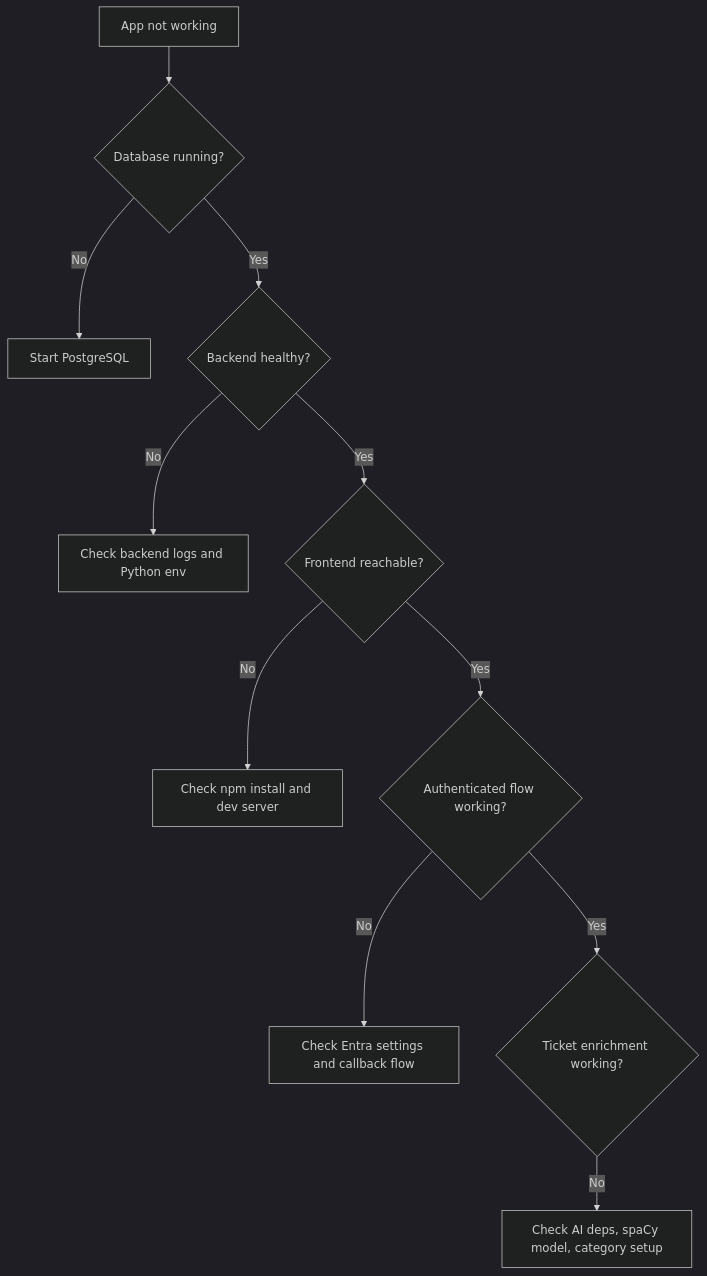
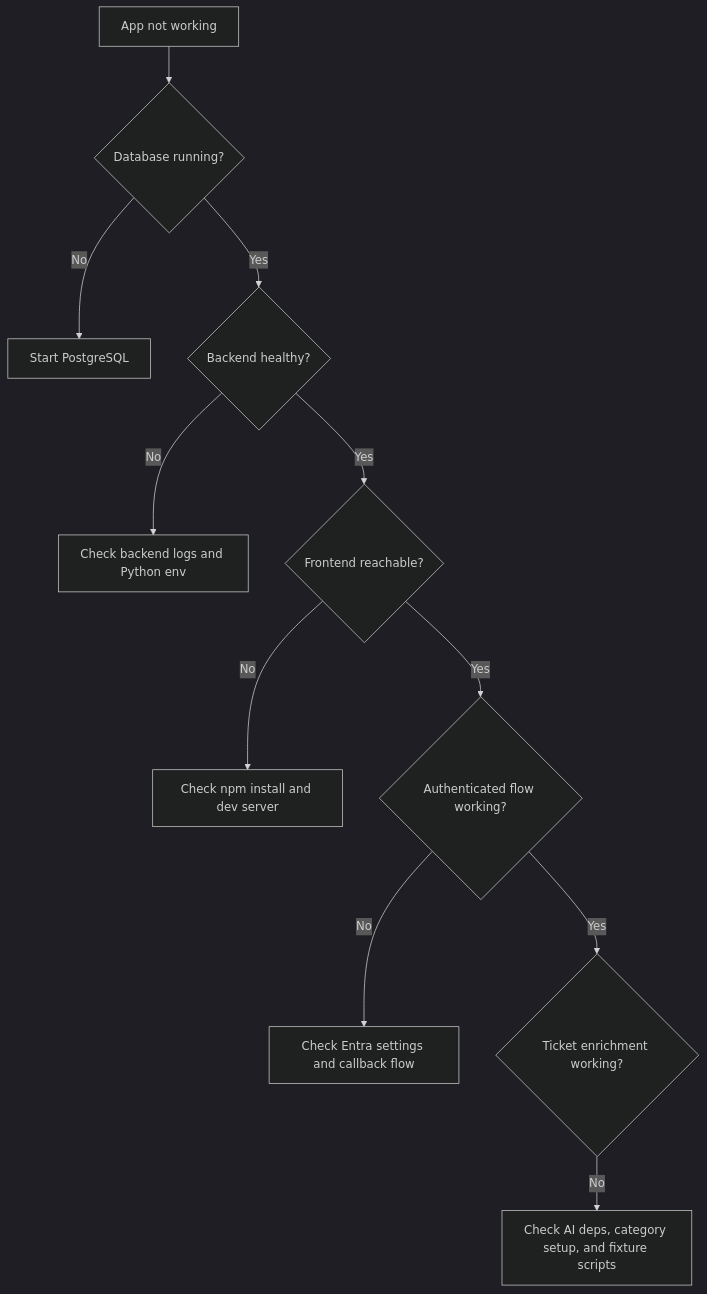
Before and after one commit to Plymouth-University/comp2003-2025-2026-team-3: the diagram in docs/runbooks/troubleshooting.md, drawn with Mermaid (dark theme). The commit also changed other lines of this file and 30 other files, not shown here.

````diff
--- a/docs/runbooks/troubleshooting.md
+++ b/docs/runbooks/troubleshooting.md
@@ -29,13 +31,13 @@
 ```mermaid
 flowchart TD
   Problem[App not working] --> DBQ{Database running?}
   DBQ -->|No| DBFix[Start PostgreSQL]
   DBQ -->|Yes| APIQ{Backend healthy?}
   APIQ -->|No| APIFix[Check backend logs and Python env]
   APIQ -->|Yes| FEQ{Frontend reachable?}
   FEQ -->|No| FEFix[Check npm install and dev server]
   FEQ -->|Yes| AuthQ{Authenticated flow working?}
   AuthQ -->|No| AuthFix[Check Entra settings and callback flow]
   AuthQ -->|Yes| AIQ{Ticket enrichment working?}
-  AIQ -->|No| AIFix[Check AI deps, spaCy model, category setup]
+  AIQ -->|No| AIFix[Check AI deps, category setup, and fixture scripts]
 ```
````
